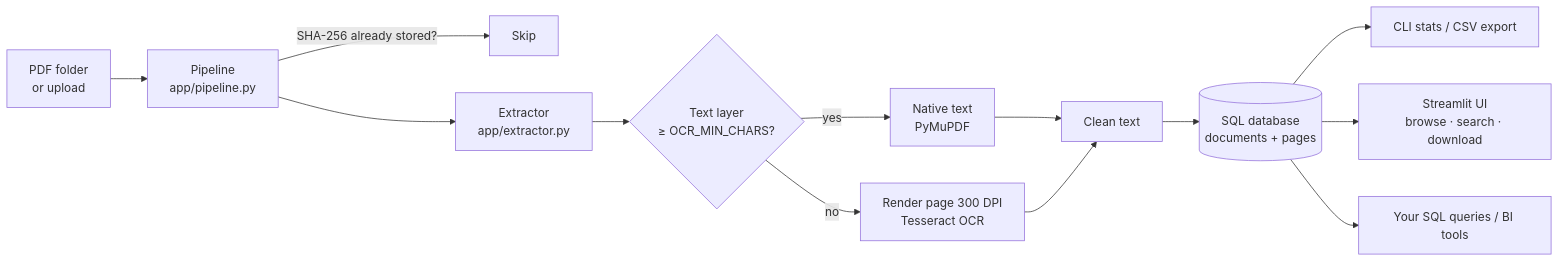
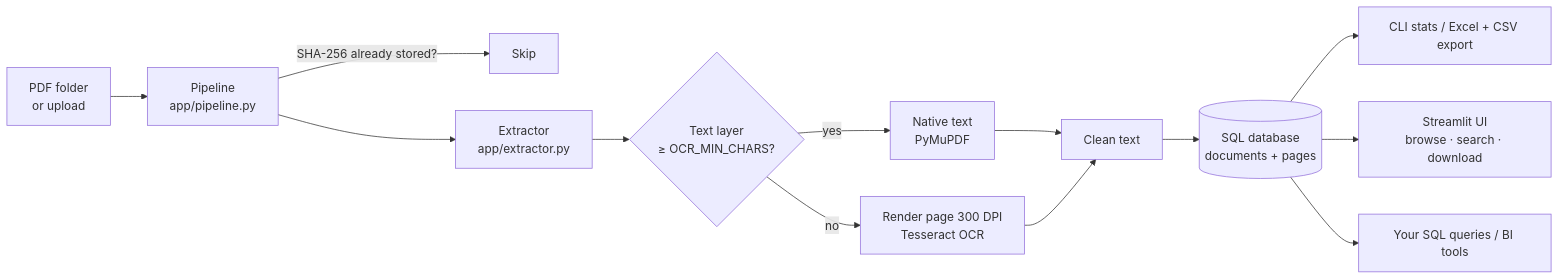
One commit to farazgoal-boop/pdf-to-sql-pipeline changed the diagram in README.md. Above: the diagram before and after it, drawn with Mermaid. The commit also changed other lines of this file and 4 other files, not shown here.

First line of the commit message:
Add Excel export and make CSV export Excel-friendly

````diff
--- a/README.md
+++ b/README.md
@@ -23,15 +23,15 @@
 ```mermaid
 flowchart LR
     A[PDF folder<br/>or upload] --> B[Pipeline<br/>app/pipeline.py]
     B -->|SHA-256 already stored?| S[Skip]
     B --> C[Extractor<br/>app/extractor.py]
     C --> D{Text layer<br/>≥ OCR_MIN_CHARS?}
     D -->|yes| E[Native text<br/>PyMuPDF]
     D -->|no| F[Render page 300 DPI<br/>Tesseract OCR]
     E --> G[Clean text]
     F --> G
     G --> H[(SQL database<br/>documents + pages)]
-    H --> I[CLI stats / CSV export]
+    H --> I[CLI stats / Excel + CSV export]
     H --> J[Streamlit UI<br/>browse · search · download]
     H --> K[Your SQL queries / BI tools]
 ```
````
